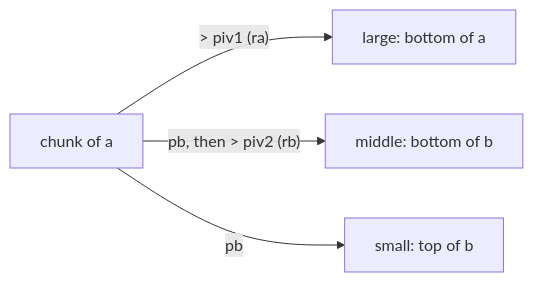
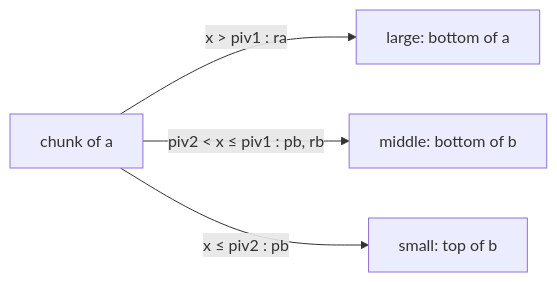
Before and after one commit to PfClaKr/pfclakr.github.io: the diagram in content/posts/42/2022-12-09-push-swap/en.md, drawn with Mermaid. The commit also changed 3 other files, not shown here.

Commit message:
fix: push_swap diagram labels read as markdown

````diff
--- a/content/posts/42/2022-12-09-push-swap/en.md
+++ b/content/posts/42/2022-12-09-push-swap/en.md
@@ -61,6 +61,6 @@
 ```mermaid
 flowchart LR
-    A["chunk of a"] -->|"> piv1 (ra)"| L["large: bottom of a"]
-    A -->|"pb, then > piv2 (rb)"| M["middle: bottom of b"]
-    A -->|"pb"| S["small: top of b"]
+    A["chunk of a"] -->|"x > piv1 : ra"| L["large: bottom of a"]
+    A -->|"piv2 < x ≤ piv1 : pb, rb"| M["middle: bottom of b"]
+    A -->|"x ≤ piv2 : pb"| S["small: top of b"]
 ```
````
